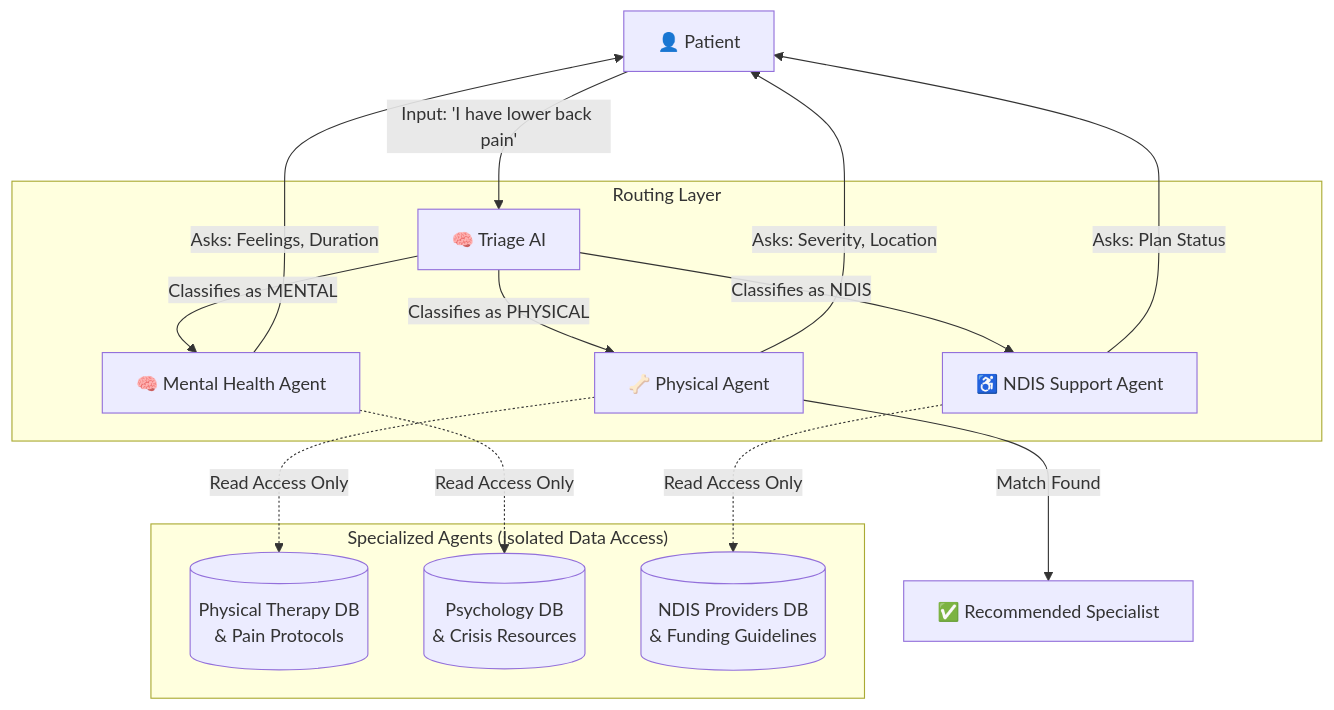
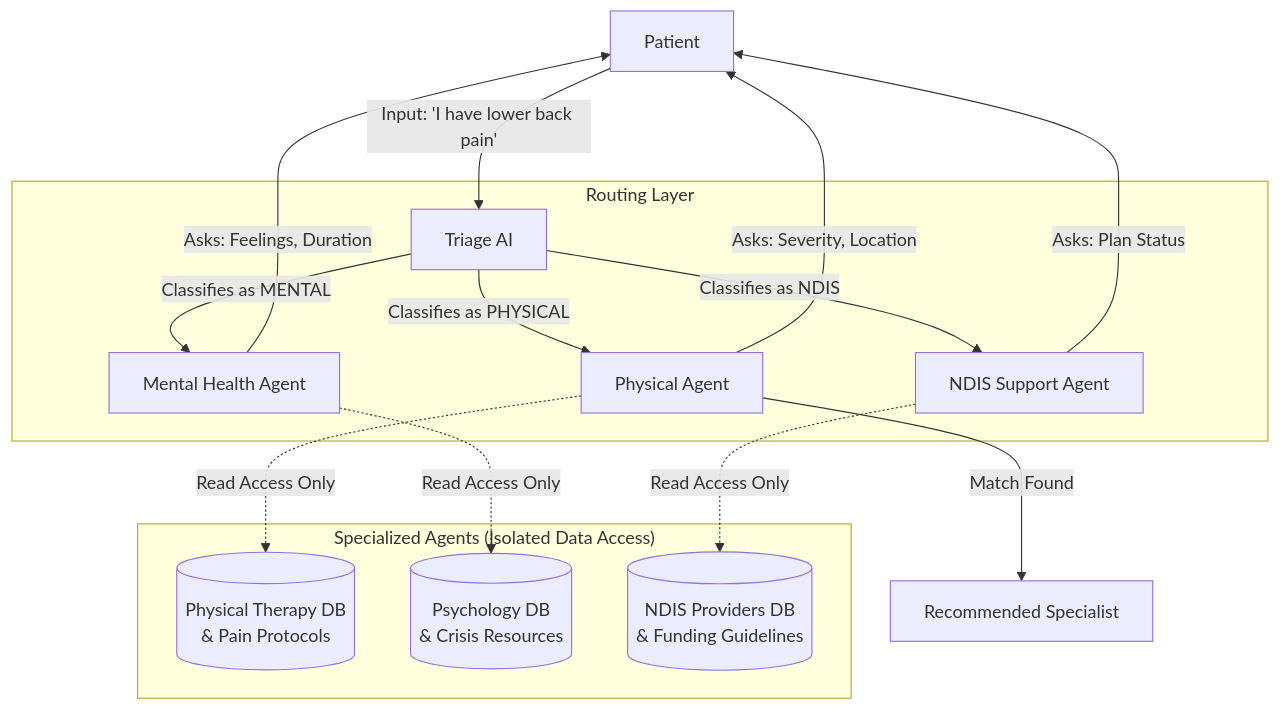
One commit to Sahanpw11/palco_chat changed the diagram in multi_agent_architecture.md. Above: the diagram before and after it, drawn with Mermaid. The commit also changed other lines of this file and 1 other file, not shown here.

Commit message:
docs: Refine multi-agent architecture documentation for clarity and add Vercel configuration to gitignore.

````diff
--- a/multi_agent_architecture.md
+++ b/multi_agent_architecture.md
@@ -14,27 +14,27 @@
 ```mermaid
 graph TD
-    User[👤 Patient] -->|Input: 'I have lower back pain'| Triage[🧠 Triage AI]
+    User[Patient] -->|Input: 'I have lower back pain'| Triage[Triage AI]
     
     subgraph "Routing Layer"
     Triage -->|Classifies as PHYSICAL| PhysioAgent
     Triage -->|Classifies as MENTAL| PsychAgent
     Triage -->|Classifies as NDIS| NDISAgent
     end
     
     subgraph "Specialized Agents (Isolated Data Access)"
     
-    PhysioAgent[🦴 Physical Agent]
-    PsychAgent[🧠 Mental Health Agent]
-    NDISAgent[♿ NDIS Support Agent]
+    PhysioAgent[Physical Agent]
+    PsychAgent[Mental Health Agent]
+    NDISAgent[NDIS Support Agent]
     
     PhysioAgent -.->|Read Access Only| DB_Physio[(Physical Therapy DB\n& Pain Protocols)]
     PsychAgent -.->|Read Access Only| DB_Psych[(Psychology DB\n& Crisis Resources)]
     NDISAgent -.->|Read Access Only| DB_NDIS[(NDIS Providers DB\n& Funding Guidelines)]
     end
     
     PhysioAgent -->|Asks: Severity, Location| User
     PsychAgent -->|Asks: Feelings, Duration| User
     NDISAgent -->|Asks: Plan Status| User
     
-    PhysioAgent -->|Match Found| Result[✅ Recommended Specialist]
+    PhysioAgent -->|Match Found| Result[Recommended Specialist]
 ```
````
